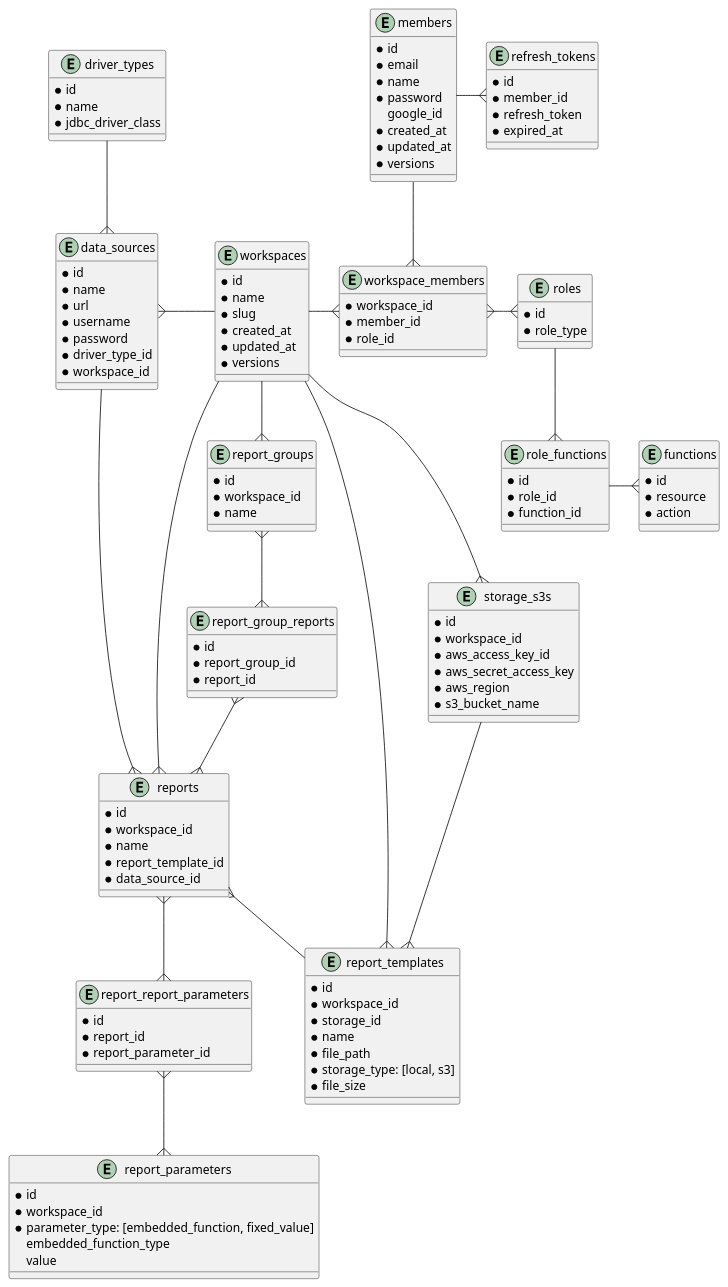
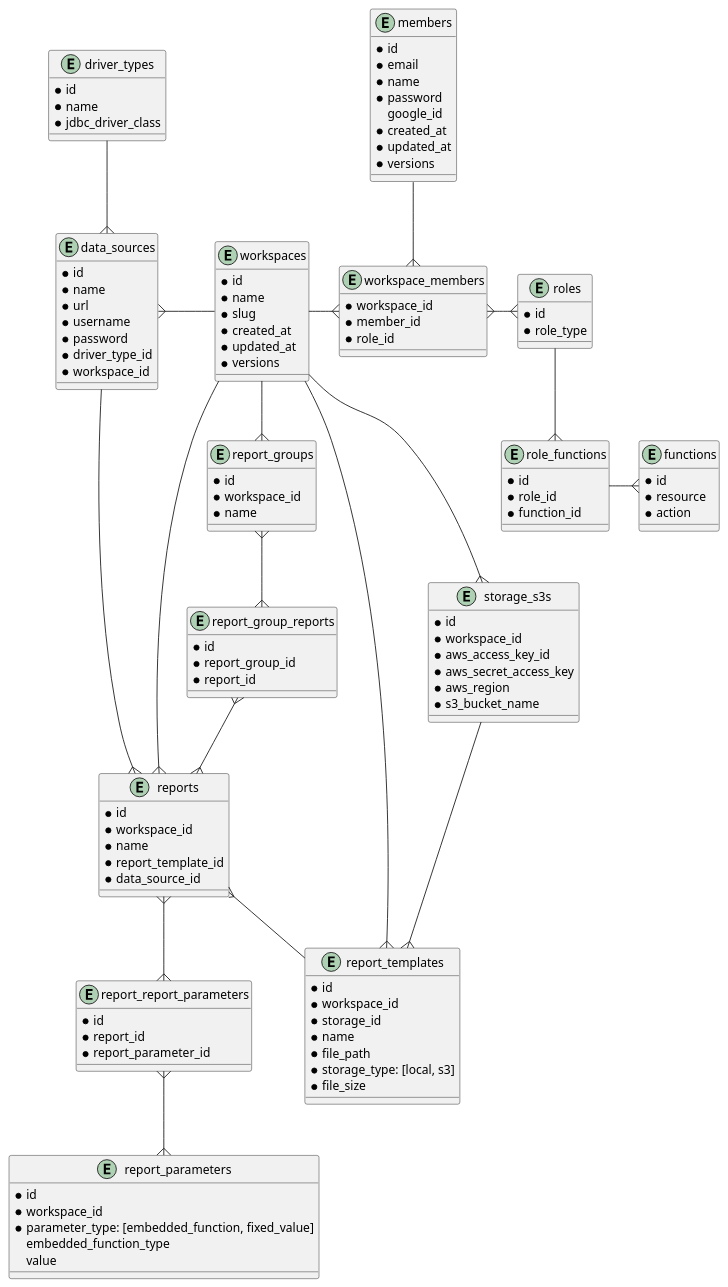
Before and after one commit to ijufumi/openreports-api: the diagram in docs/db/diagram.puml, drawn with PlantUML.

Commit message:
fix: delete refresh token table from ERD.

```diff
--- a/docs/db/diagram.puml
+++ b/docs/db/diagram.puml
@@ -1,142 +1,134 @@
 @startuml
 
 entity members {
   * id
   * email
   * name
   * password
     google_id
   * created_at
   * updated_at
   * versions
 }
 
 entity workspaces {
   * id
   * name
   * slug
   * created_at
   * updated_at
   * versions
 }
 
 entity workspace_members {
   * workspace_id
   * member_id
   * role_id
 }
 
 entity roles {
   * id
   * role_type
 }
 
 entity functions {
   * id
   * resource
   * action
 }
 
 entity role_functions {
   * id
   * role_id
   * function_id
 }
 
 entity data_sources {
   * id
   * name
   * url
   * username
   * password
   * driver_type_id
   * workspace_id
 }
 
 entity driver_types {
   * id
   * name
   * jdbc_driver_class
 }
 
 entity reports {
   * id
   * workspace_id
   * name
   * report_template_id
   * data_source_id
 }
 
 entity report_templates {
   * id
   * workspace_id
   * storage_id
   * name
   * file_path
   * storage_type: [local, s3]
   * file_size
 }
 
 entity report_parameters {
   * id
   * workspace_id
   * parameter_type: [embedded_function, fixed_value]
     embedded_function_type
     value
 }
 
 entity report_report_parameters {
   * id
   * report_id
   * report_parameter_id
 }
 
 entity report_groups {
   * id
   * workspace_id
   * name
 }
 
 entity report_group_reports {
   * id
   * report_group_id
   * report_id
 }
 
 entity storage_s3s {
   * id
   * workspace_id
   * aws_access_key_id
   * aws_secret_access_key
   * aws_region
   * s3_bucket_name
 }
 
-entity refresh_tokens {
-  * id
-  * member_id
-  * refresh_token
-  * expired_at
-}
-
 workspaces --r{ workspace_members
 workspace_members }--u members
 workspace_members }--r{ roles
 roles --{ role_functions
 role_functions --r{ functions
 workspaces --l{ data_sources
 workspaces --{ reports
 workspaces --{ report_templates
 workspaces --{ report_groups
 reports }-- report_templates
 report_groups }--{ report_group_reports
 report_group_reports }--{ reports
 reports }--{ report_report_parameters
 report_report_parameters }--{ report_parameters
 driver_types --{ data_sources
 data_sources --{ reports
 workspaces --r{ storage_s3s
 storage_s3s --{ report_templates
-members --r{ refresh_tokens
 
 @enduml
```
